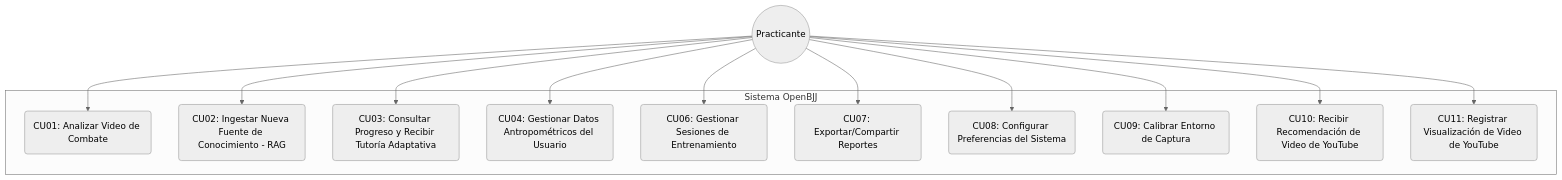
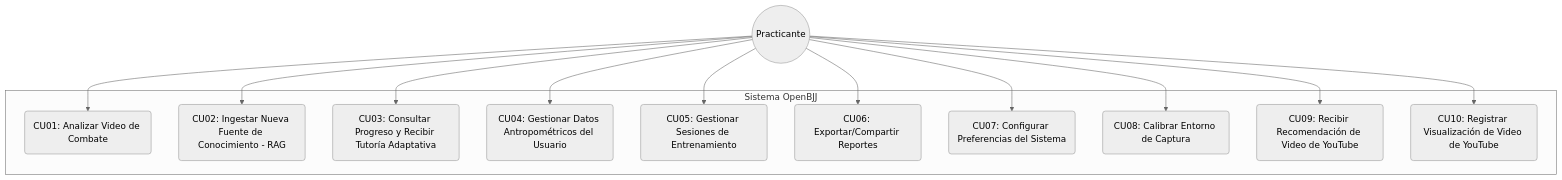
One commit to Tsmrain/Documentacion changed the second of 14 diagrams in README.md. Above: the diagram before and after it, drawn with Mermaid (neutral theme). The commit also changed other lines of this file, not shown here.

Commit message:
docs: reindex use cases to include CU10 for YouTube video visualization tracking

````diff
--- a/README.md
+++ b/README.md
@@ -584,28 +585,28 @@
 ```mermaid
 flowchart TD
     Practicante((Practicante))
     
     subgraph "Sistema OpenBJJ"
         CU01(CU01: Analizar Video de Combate)
         CU02(CU02: Ingestar Nueva Fuente de Conocimiento - RAG)
         CU03(CU03: Consultar Progreso y Recibir Tutoría Adaptativa)
         CU04(CU04: Gestionar Datos Antropométricos del Usuario)
-        CU06(CU06: Gestionar Sesiones de Entrenamiento)
-        CU07(CU07: Exportar/Compartir Reportes)
-        CU08(CU08: Configurar Preferencias del Sistema)
-        CU09(CU09: Calibrar Entorno de Captura)
-        CU10(CU10: Recibir Recomendación de Video de YouTube)
-        CU11(CU11: Registrar Visualización de Video de YouTube)
+        CU05(CU05: Gestionar Sesiones de Entrenamiento)
+        CU06(CU06: Exportar/Compartir Reportes)
+        CU07(CU07: Configurar Preferencias del Sistema)
+        CU08(CU08: Calibrar Entorno de Captura)
+        CU09(CU09: Recibir Recomendación de Video de YouTube)
+        CU10(CU10: Registrar Visualización de Video de YouTube)
     end
     
     Practicante --> CU01
     Practicante --> CU02
     Practicante --> CU03
     Practicante --> CU04
+    Practicante --> CU05
     Practicante --> CU06
     Practicante --> CU07
     Practicante --> CU08
     Practicante --> CU09
     Practicante --> CU10
-    Practicante --> CU11
 ```
````
